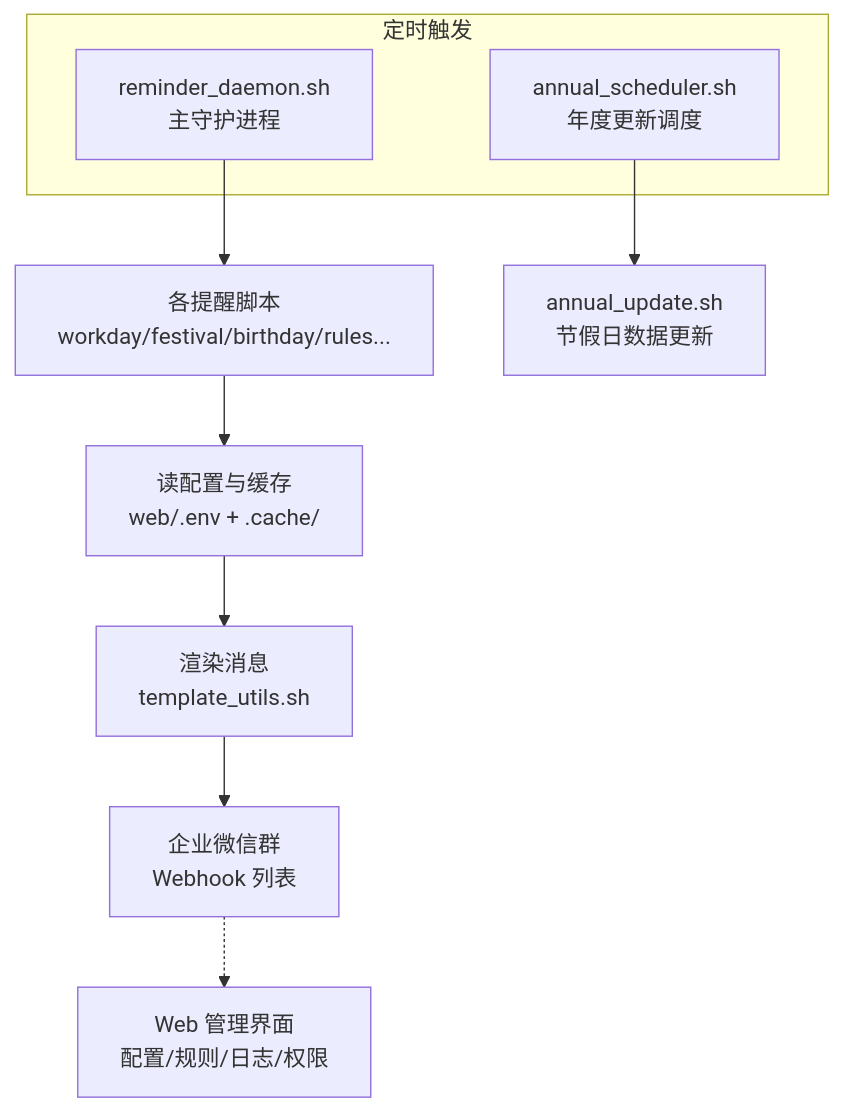
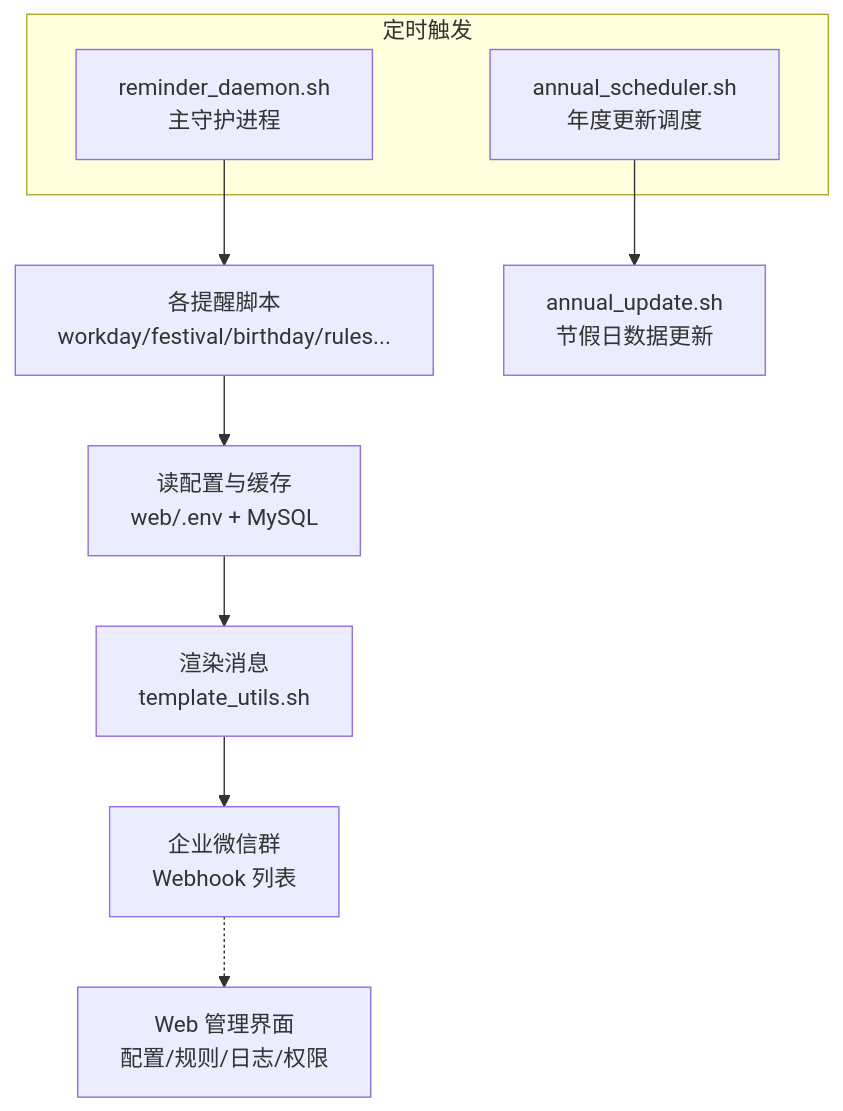
The first of 2 diagrams in docs/02-系统概述与项目结构.md (20140125/helper), drawn with Mermaid before and after one commit. The commit also changed other lines of this file and 439 other files, not shown here.

````diff
--- a/docs/02-系统概述与项目结构.md
+++ b/docs/02-系统概述与项目结构.md
@@ -41,13 +41,13 @@
 ```mermaid
 graph TB
     subgraph 定时触发
         T1["reminder_daemon.sh<br/>主守护进程"]
         T2["annual_scheduler.sh<br/>年度更新调度"]
     end
     T1 --> S["各提醒脚本<br/>workday/festival/birthday/rules..."]
     T2 --> U["annual_update.sh<br/>节假日数据更新"]
-    S --> C["读配置与缓存<br/>web/.env + .cache/"]
+    S --> C["读配置与缓存<br/>web/.env + MySQL"]
     C --> R["渲染消息<br/>template_utils.sh"]
     R --> W["企业微信群<br/>Webhook 列表"]
     W -.-> M["Web 管理界面<br/>配置/规则/日志/权限"]
 ```
````
